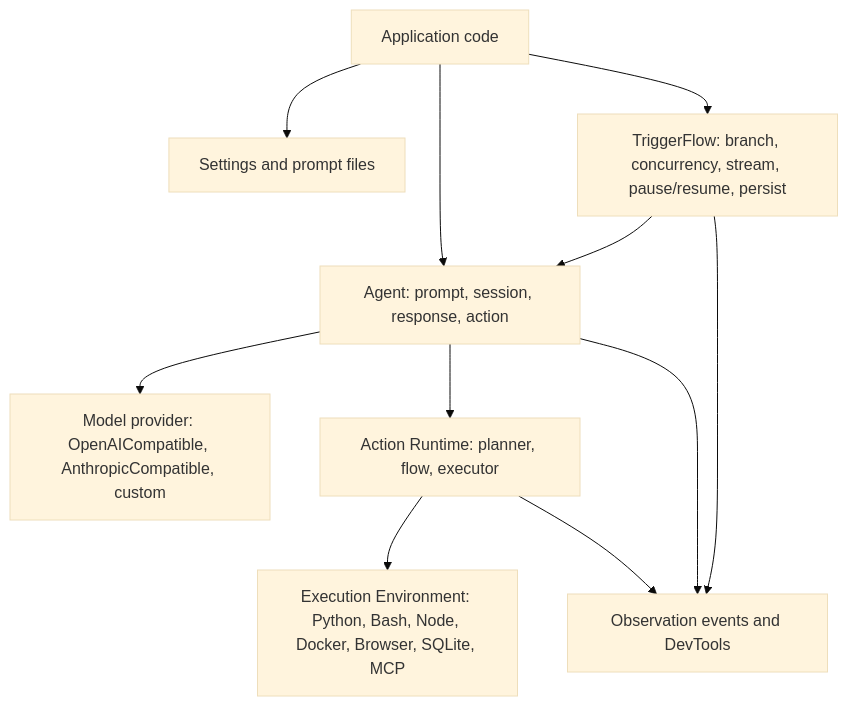
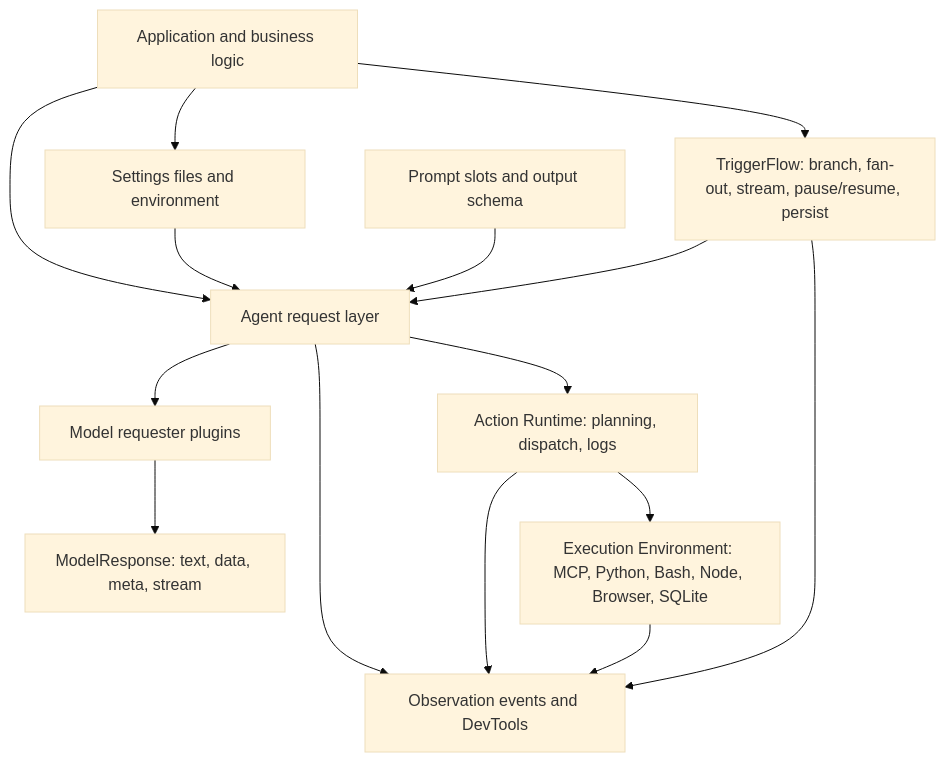
Before and after one commit to reconsumeralization/Agently: the first of 2 diagrams in README.md, drawn with Mermaid (base theme). The commit also changed other lines of this file and 3 other files, not shown here.

````diff
--- a/README.md
+++ b/README.md
@@ -235,22 +362,28 @@
 ```mermaid
 graph TB
-    App["Application code"]
-    Settings["Settings and prompt files"]
-    Agent["Agent: prompt, session, response, action"]
-    Model["Model provider: OpenAICompatible, AnthropicCompatible, custom"]
-    Action["Action Runtime: planner, flow, executor"]
-    Env["Execution Environment: Python, Bash, Node, Docker, Browser, SQLite, MCP"]
-    Flow["TriggerFlow: branch, concurrency, stream, pause/resume, persist"]
+    App["Application and business logic"]
+    Settings["Settings files and environment"]
+    Prompt["Prompt slots and output schema"]
+    Agent["Agent request layer"]
+    Model["Model requester plugins"]
+    Response["ModelResponse: text, data, meta, stream"]
+    Action["Action Runtime: planning, dispatch, logs"]
+    Env["Execution Environment: MCP, Python, Bash, Node, Browser, SQLite"]
+    Flow["TriggerFlow: branch, fan-out, stream, pause/resume, persist"]
     Observe["Observation events and DevTools"]
 
     App --> Settings
     App --> Agent
+    Settings --> Agent
+    Prompt --> Agent
     Agent --> Model
+    Model --> Response
     Agent --> Action
     Action --> Env
     App --> Flow
     Flow --> Agent
     Agent --> Observe
     Action --> Observe
+    Env --> Observe
     Flow --> Observe
 ```
````
